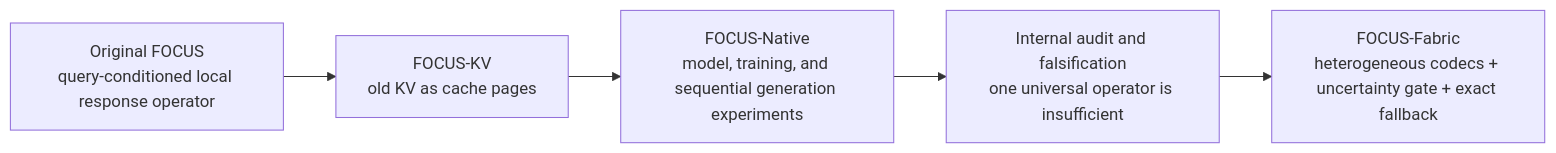
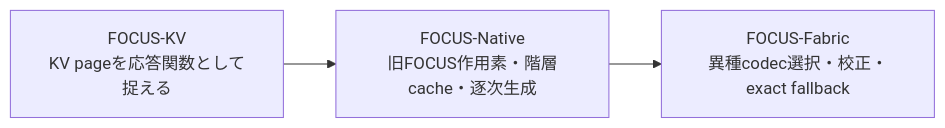
Before and after one commit to dj-thank/FOCUS-Fabric: the first of 2 diagrams in README.md, drawn with Mermaid. The commit also changed other lines of this file, not shown here.

Commit message:
docs: explain the legacy FOCUS operator clearly

````diff
--- a/README.md
+++ b/README.md
@@ -25,7 +36,5 @@
 ```mermaid
 flowchart LR
-    A["Original FOCUS<br/>query-conditioned local response operator"] --> B["FOCUS-KV<br/>old KV as cache pages"]
-    B --> C["FOCUS-Native<br/>model, training, and sequential generation experiments"]
-    C --> D["Internal audit and falsification<br/>one universal operator is insufficient"]
-    D --> E["FOCUS-Fabric<br/>heterogeneous codecs + uncertainty gate + exact fallback"]
+    A["FOCUS-KV<br/>KV pageを応答関数として捉える"] --> B["FOCUS-Native<br/>旧FOCUS作用素・階層cache・逐次生成"]
+    B --> C["FOCUS-Fabric<br/>異種codec選択・校正・exact fallback"]
 ```
````
